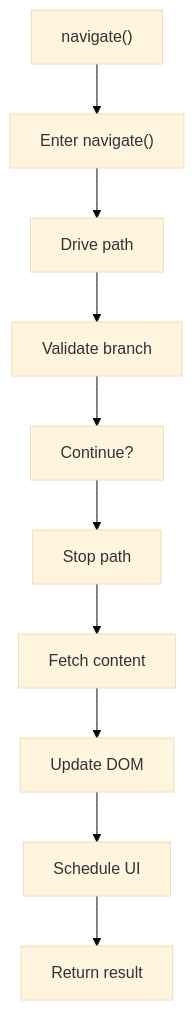
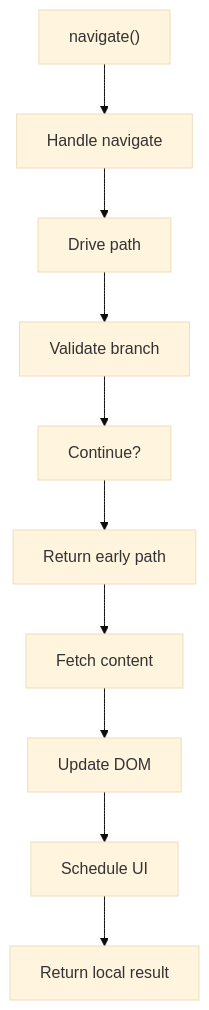
One commit to JohnAndrewBalbarosa/NeoTerritory changed the third of 5 diagrams in docs/Codebase/Frontend/scripts/router.js.md. Above: the diagram before and after it, drawn with Mermaid (base theme). The commit also changed other lines of this file and 915 other files, not shown here.

````diff
--- a/docs/Codebase/Frontend/scripts/router.js.md
+++ b/docs/Codebase/Frontend/scripts/router.js.md
@@ -100,22 +99,22 @@
 ```mermaid
 flowchart TD
     N0["navigate()"]
-    N1["Enter navigate()"]
+    N1["Handle navigate"]
     N2["Drive path"]
     N3["Validate branch"]
     N4["Continue?"]
-    N5["Stop path"]
+    N5["Return early path"]
     N6["Fetch content"]
     N7["Update DOM"]
     N8["Schedule UI"]
-    N9["Return result"]
+    N9["Return local result"]
     N0 --> N1
     N1 --> N2
     N2 --> N3
     N3 --> N4
     N4 --> N5
     N5 --> N6
     N6 --> N7
     N7 --> N8
     N8 --> N9
 ```
````
